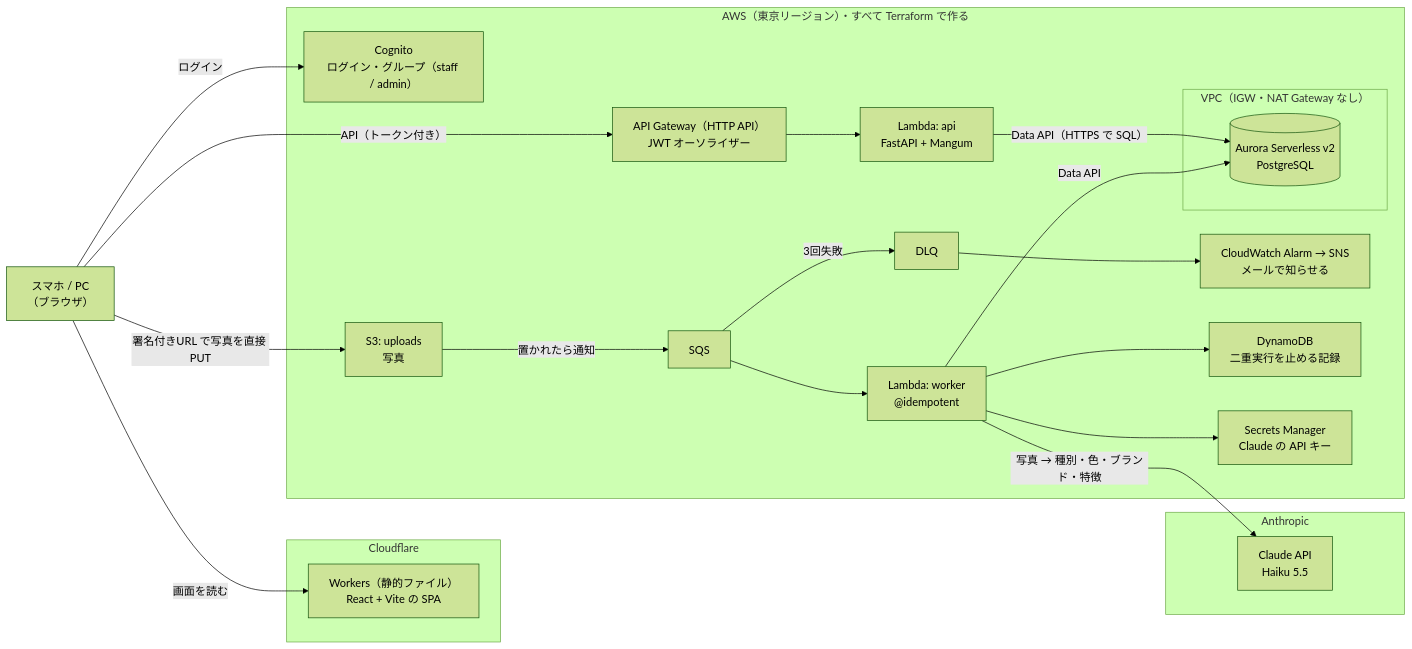
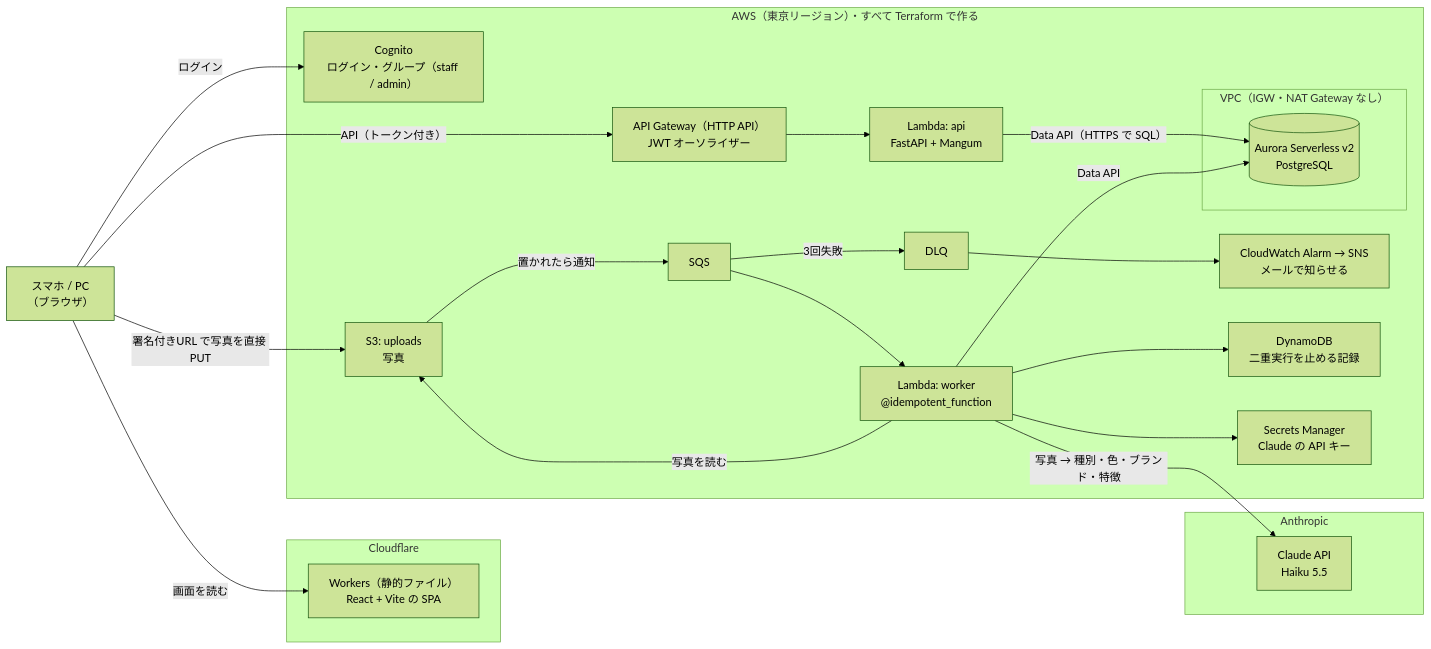
One commit to nkn-ms/photo-intake changed the diagram in README.md. Above: the diagram before and after it, drawn with Mermaid (forest theme). The commit also changed other lines of this file and 2 other files, not shown here.

Commit message:
README と構成図の説明を実際の動きに合わせて直した（失敗は2種類（やり直さない失敗・3回やり直してから DLQ）・@idempotent_function・図に worker が S3 から写真を読む矢印・SQS と Aurora を選んだ理由の文・代わりのものの戻し方（CloudFront は作成済み、Bedrock の既定は Nova 2 Lite）・使い方に用意するものと SNS の確認メール。法律の話は外した）

````diff
--- a/README.md
+++ b/README.md
@@ -25,43 +25,44 @@
 ```mermaid
 %% 構成図（今動いている形）。Mermaid という、図を文字で書く記法で書いている。
 %% 画面の「構成」ページ（ArchitecturePage）がこのファイルを読んで図にする。
 %% README.md の構成図にも同じ文字を貼っている（GitHub は mermaid のコードブロックを図にして見せる）。直すときは両方を直す。
 flowchart LR
   user["スマホ / PC<br>（ブラウザ）"]
 
   subgraph cloudflare["Cloudflare"]
     web["Workers（静的ファイル）<br>React + Vite の SPA"]
   end
 
   subgraph aws["AWS（東京リージョン）・すべて Terraform で作る"]
     cognito["Cognito<br>ログイン・グループ（staff / admin）"]
     apigw["API Gateway（HTTP API）<br>JWT オーソライザー"]
     api["Lambda: api<br>FastAPI + Mangum"]
     s3["S3: uploads<br>写真"]
     sqs["SQS"]
     dlq["DLQ"]
     alarm["CloudWatch Alarm → SNS<br>メールで知らせる"]
-    worker["Lambda: worker<br>@idempotent"]
+    worker["Lambda: worker<br>@idempotent_function"]
     ddb["DynamoDB<br>二重実行を止める記録"]
     secret["Secrets Manager<br>Claude の API キー"]
     subgraph vpc["VPC（IGW・NAT Gateway なし）"]
       aurora[("Aurora Serverless v2<br>PostgreSQL")]
     end
   end
 
   subgraph anthropic["Anthropic"]
     claude["Claude API<br>Haiku 5.5"]
   end
 
   user -- "画面を読む" --> web
   user -- "ログイン" --> cognito
   user -- "API（トークン付き）" --> apigw --> api
   api -- "Data API（HTTPS で SQL）" --> aurora
   user -- "署名付きURL で写真を直接 PUT" --> s3
   s3 -- "置かれたら通知" --> sqs --> worker
+  worker -- "写真を読む" --> s3
   sqs -- "3回失敗" --> dlq --> alarm
   worker --> ddb
   worker --> secret
   worker -- "写真 → 種別・色・ブランド・特徴" --> claude
   worker -- "Data API" --> aurora
 ```
````
